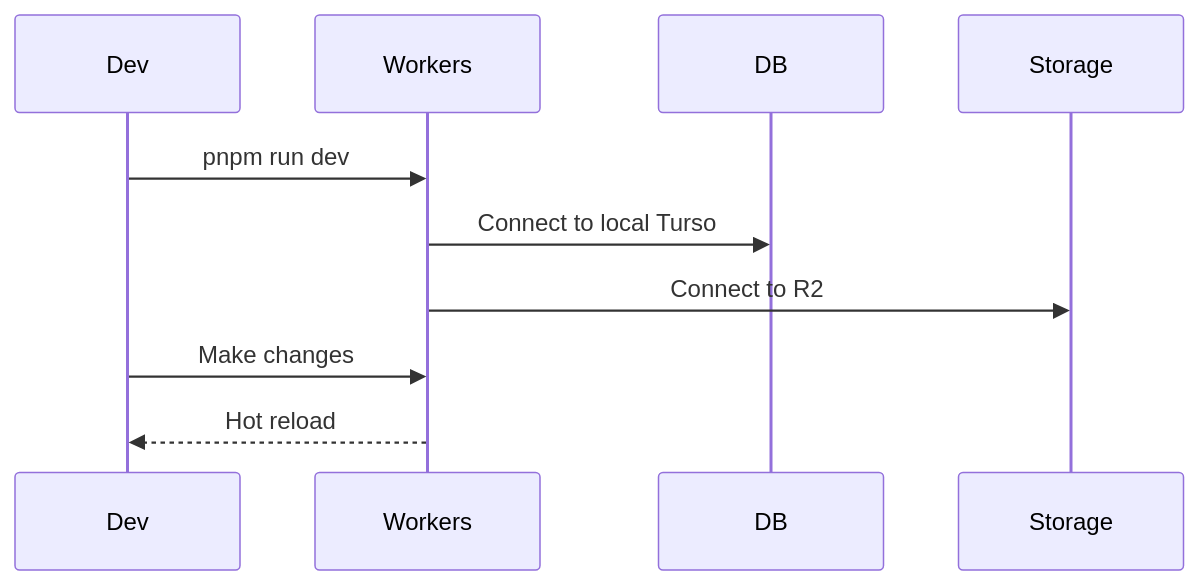
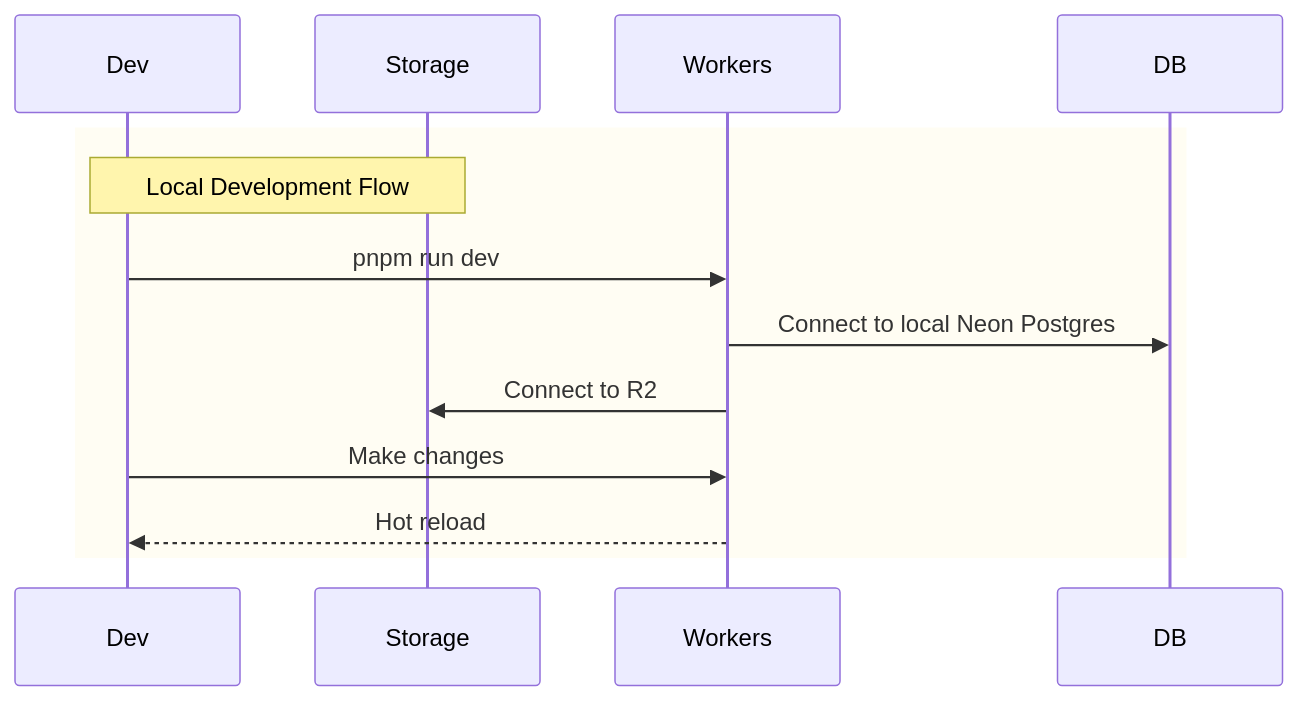
One commit to codevibesmatter/admin-cloudflare changed the tenth of 12 diagrams in docs/ARCHITECTURE.md. Above: the diagram before and after it, drawn with Mermaid. The commit also changed other lines of this file and 18 other files, not shown here.

````diff
--- a/docs/ARCHITECTURE.md
+++ b/docs/ARCHITECTURE.md
@@ -594,13 +606,16 @@
 ```mermaid
 sequenceDiagram
-    participant Dev
-    participant Workers
-    participant DB
-    participant Storage
+    rect rgb(255, 253, 243)
+        Note over Dev,Storage: Local Development Flow
+        participant Dev
+        participant Workers
+        participant DB
+        participant Storage
 
-    Dev->>Workers: pnpm run dev
-    Workers->>DB: Connect to local Turso
-    Workers->>Storage: Connect to R2
-    Dev->>Workers: Make changes
-    Workers-->>Dev: Hot reload
+        Dev->>Workers: pnpm run dev
+        Workers->>DB: Connect to local Neon Postgres
+        Workers->>Storage: Connect to R2
+        Dev->>Workers: Make changes
+        Workers-->>Dev: Hot reload
+    end
 ```
````
